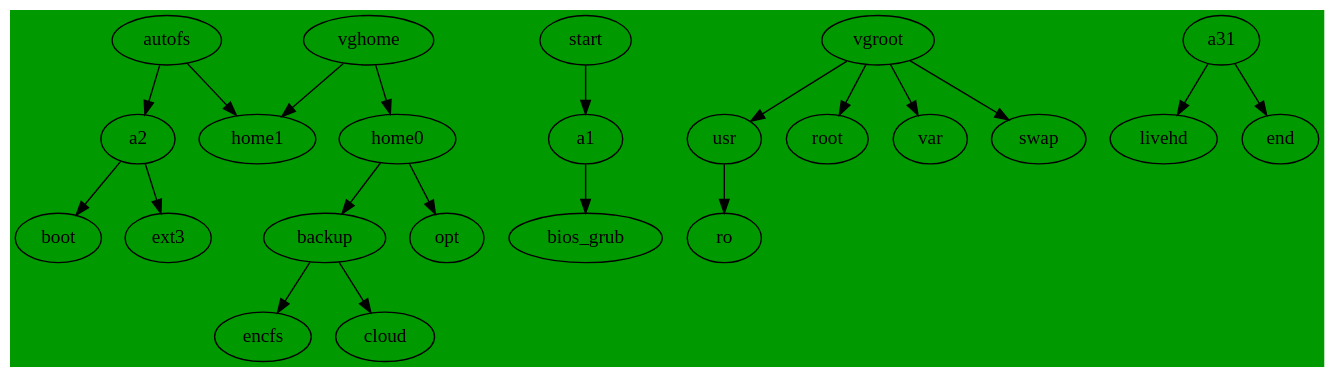
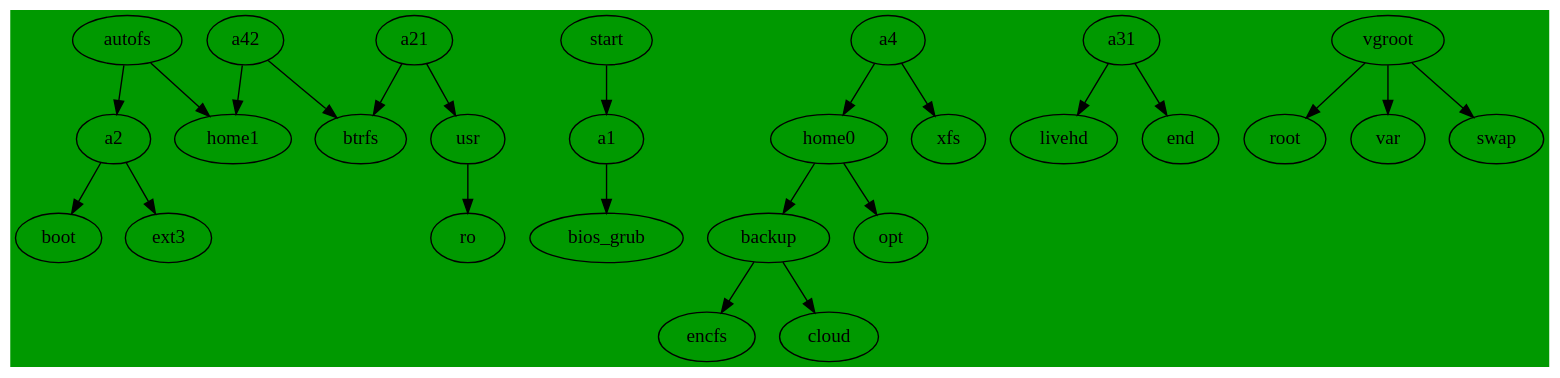
One commit to cdede/dotfiles changed the diagram in dot/.config/dupl/parted.dot. Above: the diagram before and after it, drawn with Graphviz.

Commit message:
2 sda ,2 mapper

```diff
--- a/dot/.config/dupl/parted.dot
+++ b/dot/.config/dupl/parted.dot
@@ -1,24 +1,27 @@
 // dot -Tpng  parted.dot -o line1.png
 //  default ext4
 digraph G {
   bgcolor ="#009900";
   autofs->home1;
+  a42->home1;
+  a42->btrfs;
   autofs->a2;
   start->a1;
   a1->bios_grub;
   a2 -> boot;
   a2 -> ext3;
+  a21->btrfs;
+  a21->usr;
   usr ->ro;
+  a4->home0;
+  a4->xfs;
   home0->backup;
   home0->opt;
   a31->livehd;
   a31->end;
   backup -> encfs;
   backup -> cloud;
   vgroot->root ;
-  vgroot->usr;
   vgroot->var;
   vgroot->swap;
-  vghome->home0;
-  vghome->home1;
 }
```
